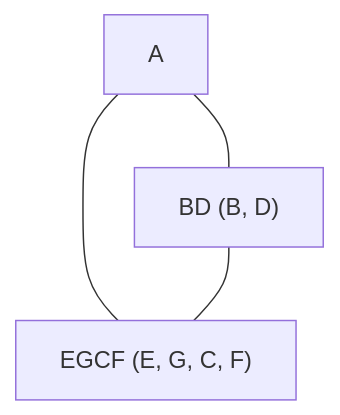
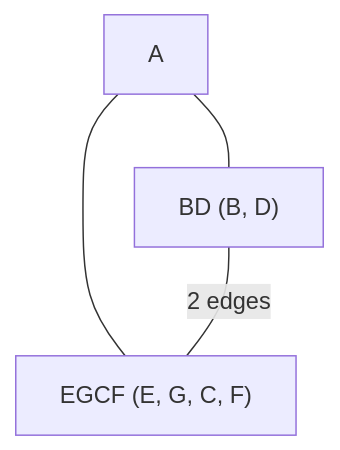
The fifth of 5 diagrams in partition/k-cut.md (hmdsefi/gograph), drawn with Mermaid before and after one commit. The commit also changed other lines of this file and 1 other file, not shown here.

Commit message:
Show edge counts in the k-cut steps and the stop check in the Girvan-Newman flowchart

````diff
--- a/partition/k-cut.md
+++ b/partition/k-cut.md
@@ -148,8 +148,8 @@
 ```mermaid
 flowchart TD
     EGCF["EGCF (E, G, C, F)"]
     BD["BD (B, D)"]
     A --- BD
     A --- EGCF
-    BD --- EGCF
+    BD ---|"2 edges"| EGCF
 ```
````
